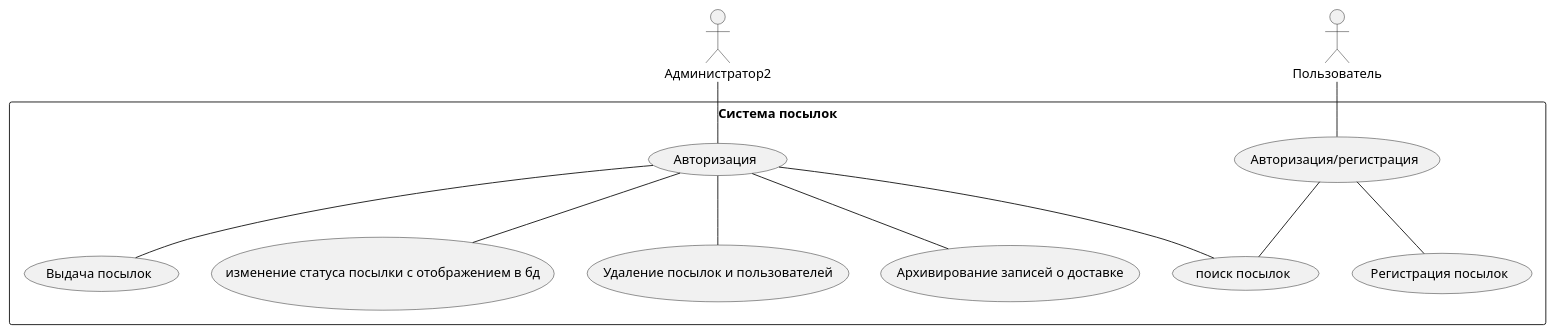
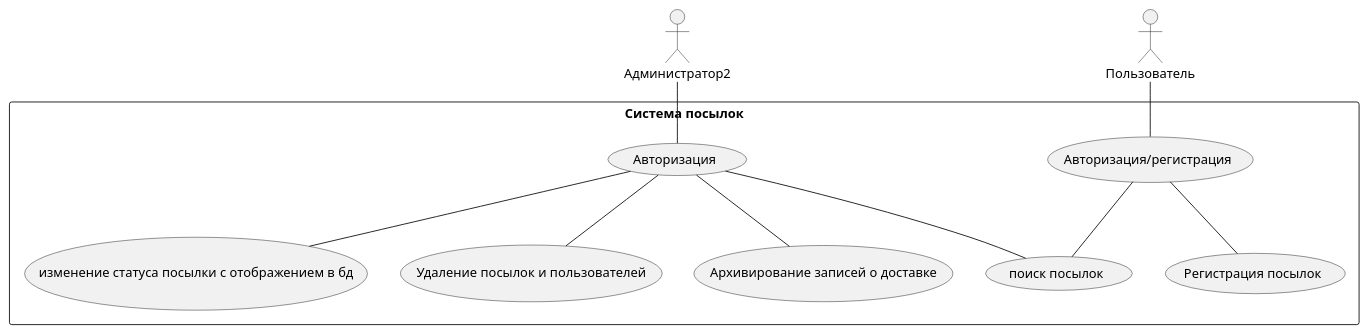
The diagram in Case/UseCase.puml (TEGI02/Lab3.1), drawn with PlantUML before and after one commit. The commit also changed 2 other files, not shown here.

```diff
--- a/Case/UseCase.puml
+++ b/Case/UseCase.puml
@@ -1,25 +1,23 @@
 @startuml
 skinparam packageStyle rectangle
 actor "Администратор2" as User1
 package "Система посылок" {
     usecase "Регистрация посылок" as UC_RegisterOf
 
-    usecase "Выдача посылок" as UC_issuance
     usecase "Архивирование записей о доставке" as UC_report
     usecase "поиск посылок" as UC_search
     usecase "изменение статуса посылки с отображением в бд" as UC_status
     usecase "Авторизация/регистрация" as UC_Register
     usecase "Авторизация" as UC_Register2
     usecase "Удаление посылок и пользователей" as UC_delit
 }
 actor "Пользователь" as User2
 User1 -- UC_Register2
-UC_Register2 -- UC_issuance
 UC_Register2 -- UC_report
 UC_Register2 -- UC_search
 UC_Register2 -- UC_status
 UC_Register2 -- UC_delit
 User2 -- UC_Register
 UC_Register -- UC_search
 UC_Register -- UC_RegisterOf
 @enduml
```
